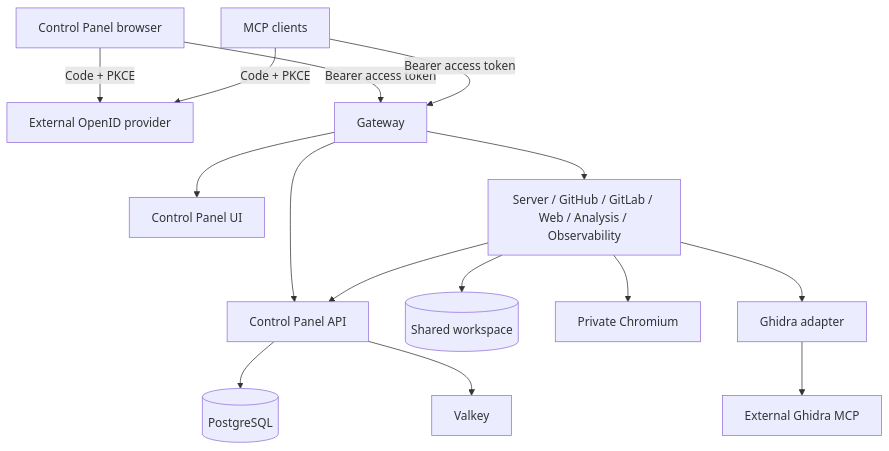
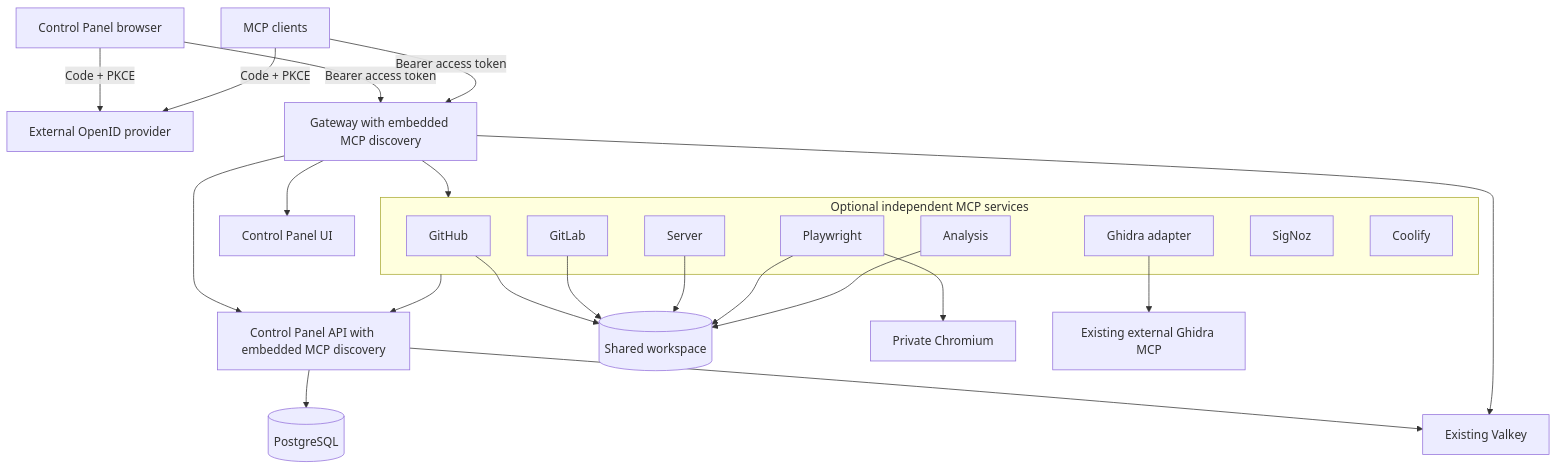
The diagram in docs/architecture/overview.md (KobaProduction/Briareus), drawn with Mermaid before and after one commit. The commit also changed other lines of this file and 277 other files, not shown here.

Commit message:
refactor: isolate provider MCP services and embed dynamic discovery

````diff
--- a/docs/architecture/overview.md
+++ b/docs/architecture/overview.md
@@ -7,17 +7,31 @@
 ```mermaid
 flowchart TB
     Browser[Control Panel browser] -->|Code + PKCE| ID[External OpenID provider]
     MCP[MCP clients] -->|Code + PKCE| ID
-    Browser -->|Bearer access token| GW[Gateway]
+    Browser -->|Bearer access token| GW[Gateway with embedded MCP discovery]
     MCP -->|Bearer access token| GW
     GW --> UI[Control Panel UI]
-    GW --> API[Control Panel API]
-    GW --> Hands[Server / GitHub / GitLab / Web / Analysis / Observability]
+    GW --> API[Control Panel API with embedded MCP discovery]
+    subgraph Hands[Optional independent MCP services]
+        GitHub[GitHub]
+        GitLab[GitLab]
+        Server[Server]
+        Playwright[Playwright]
+        Analysis[Analysis]
+        Adapter[Ghidra adapter]
+        SigNoz[SigNoz]
+        Coolify[Coolify]
+    end
+    GW --> Hands
+    Hands --> API
     API --> PG[(PostgreSQL)]
-    API --> Cache[Valkey]
-    Hands --> API
-    Hands --> Workspace[(Shared workspace)]
-    Hands --> Chromium[Private Chromium]
-    Hands --> Adapter[Ghidra adapter]
-    Adapter --> Ghidra[External Ghidra MCP]
+    API --> Cache[Existing Valkey]
+    GW --> Cache
+    GitHub --> Workspace[(Shared workspace)]
+    GitLab --> Workspace
+    Server --> Workspace
+    Playwright --> Workspace
+    Analysis --> Workspace
+    Playwright --> Chromium[Private Chromium]
+    Adapter --> Ghidra[Existing external Ghidra MCP]
 ```
````
